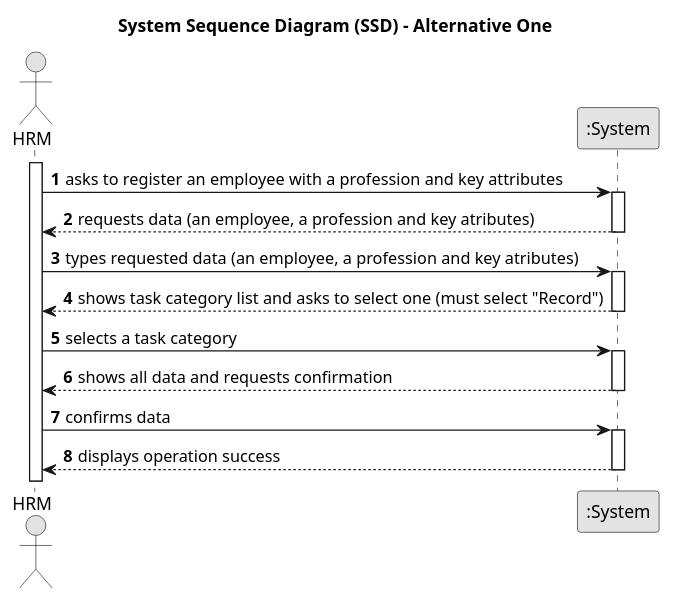
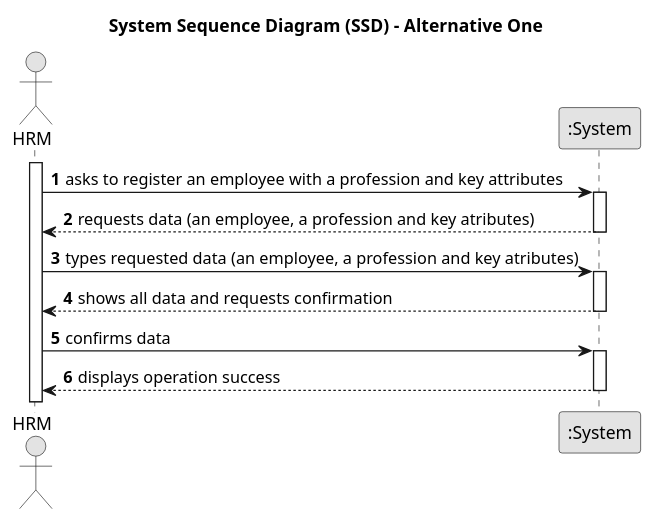
One commit to Departamento-de-Engenharia-Informatica/lei-24-s2-1df-1de-g063 changed the diagram in docs/sprintA/us003/01.requirements-engineering/puml/us003-system-sequence-diagram-alternative-one.puml. Above: the diagram before and after it, drawn with PlantUML. The commit also changed 5 other files, not shown here.

```diff
--- a/docs/sprintA/us003/01.requirements-engineering/puml/us003-system-sequence-diagram-alternative-one.puml
+++ b/docs/sprintA/us003/01.requirements-engineering/puml/us003-system-sequence-diagram-alternative-one.puml
@@ -1,40 +1,34 @@
 @startuml
 skinparam monochrome true
 skinparam packageStyle rectangle
 skinparam shadowing false
 
 title System Sequence Diagram (SSD) - Alternative One
 
 autonumber
 
 actor "HRM" as HRM
 participant ":System" as System
 
 activate HRM
 
     HRM -> System : asks to register an employee with a profession and key attributes
 
     activate System
 
         System --> HRM : requests data (an employee, a profession and key atributes)
     deactivate System
 
     HRM -> System : types requested data (an employee, a profession and key atributes)
     activate System
 
-        System --> HRM : shows task category list and asks to select one (must select "Record")
-    deactivate System
-
-    HRM -> System : selects a task category
-    activate System
-
         System --> HRM : shows all data and requests confirmation
     deactivate System
 
     HRM -> System : confirms data
     activate System
 
         System --> HRM : displays operation success
     deactivate System
 
 @enduml
```
